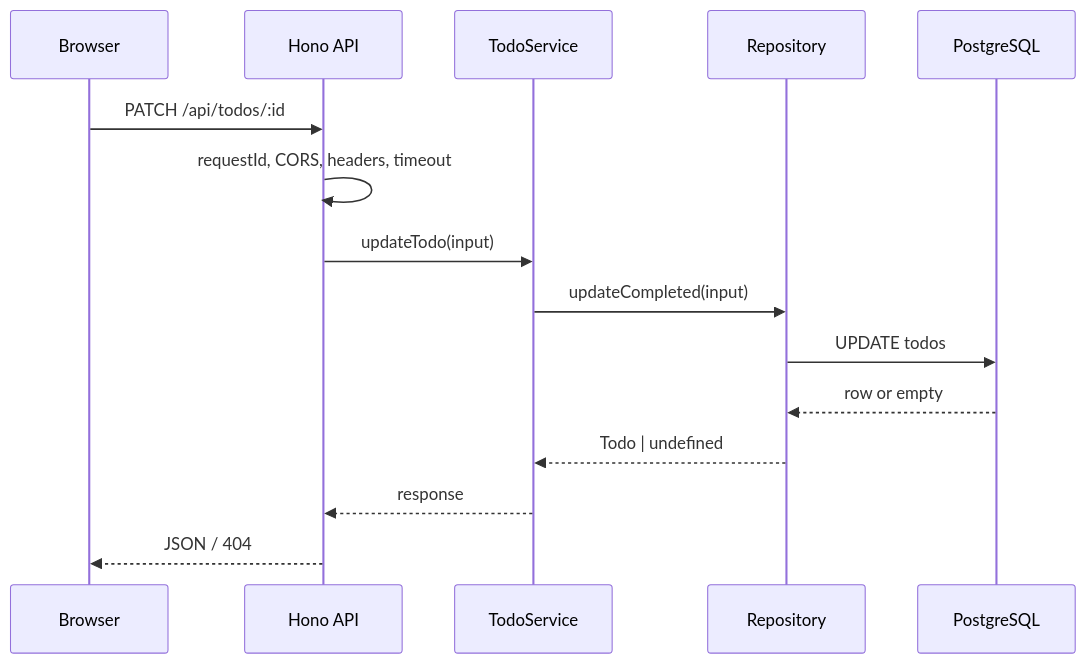
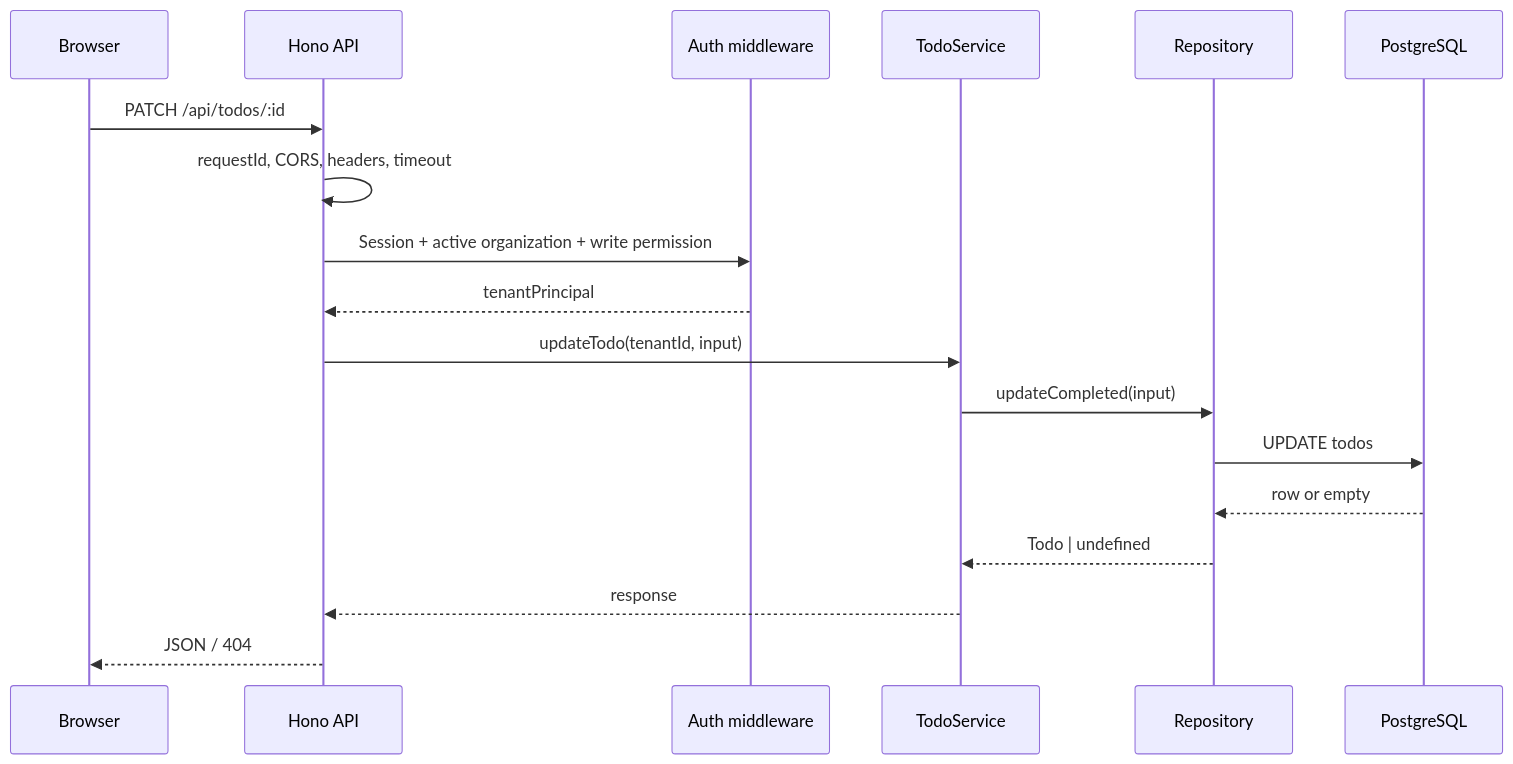
One commit to ShawnDen-coder/full-stack-example changed the diagram in docs/content/architecture/request-lifecycle.mdx. Above: the diagram before and after it, drawn with Mermaid. The commit also changed 10 other files, not shown here.

````diff
--- a/docs/content/architecture/request-lifecycle.mdx
+++ b/docs/content/architecture/request-lifecycle.mdx
@@ -8,17 +8,20 @@
 ```mermaid
 sequenceDiagram
   participant B as Browser
   participant A as Hono API
+  participant U as Auth middleware
   participant S as TodoService
   participant R as Repository
   participant D as PostgreSQL
   B->>A: PATCH /api/todos/:id
   A->>A: requestId, CORS, headers, timeout
-  A->>S: updateTodo(input)
+  A->>U: Session + active organization + write permission
+  U-->>A: tenantPrincipal
+  A->>S: updateTodo(tenantId, input)
   S->>R: updateCompleted(input)
   R->>D: UPDATE todos
   D-->>R: row or empty
   R-->>S: Todo | undefined
   S-->>A: response
   A-->>B: JSON / 404
 ```
````
